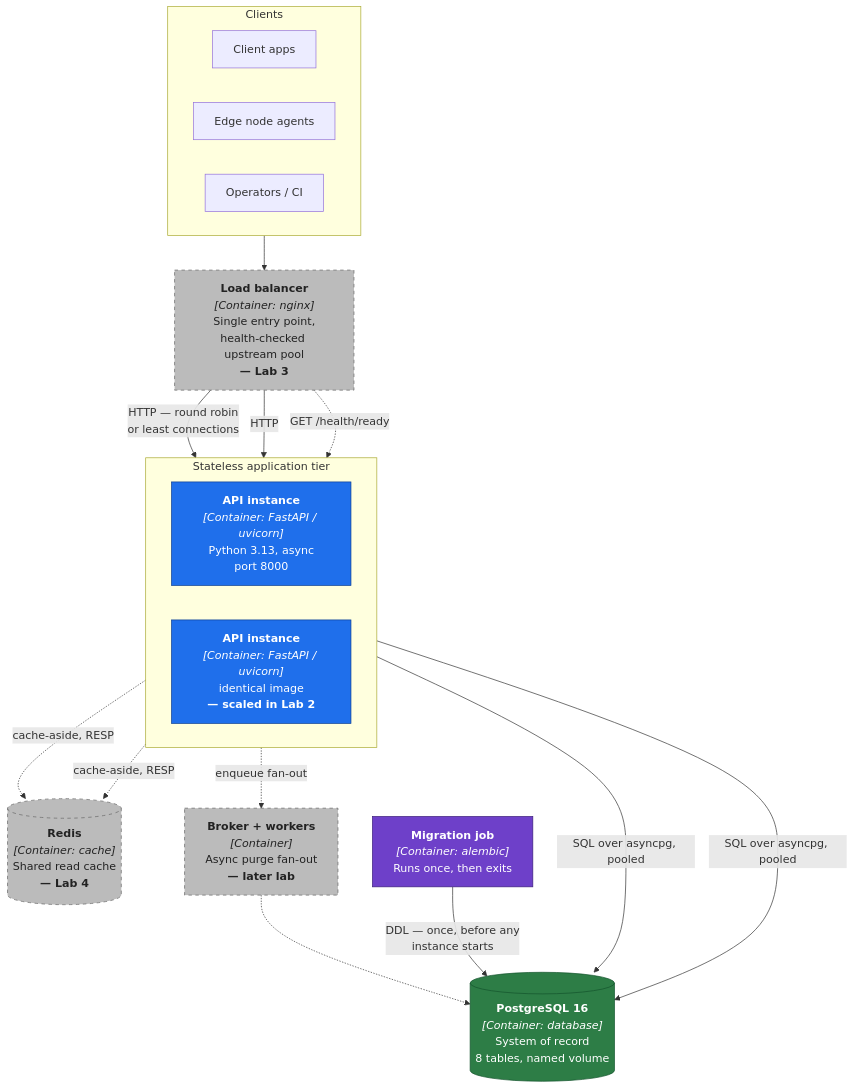
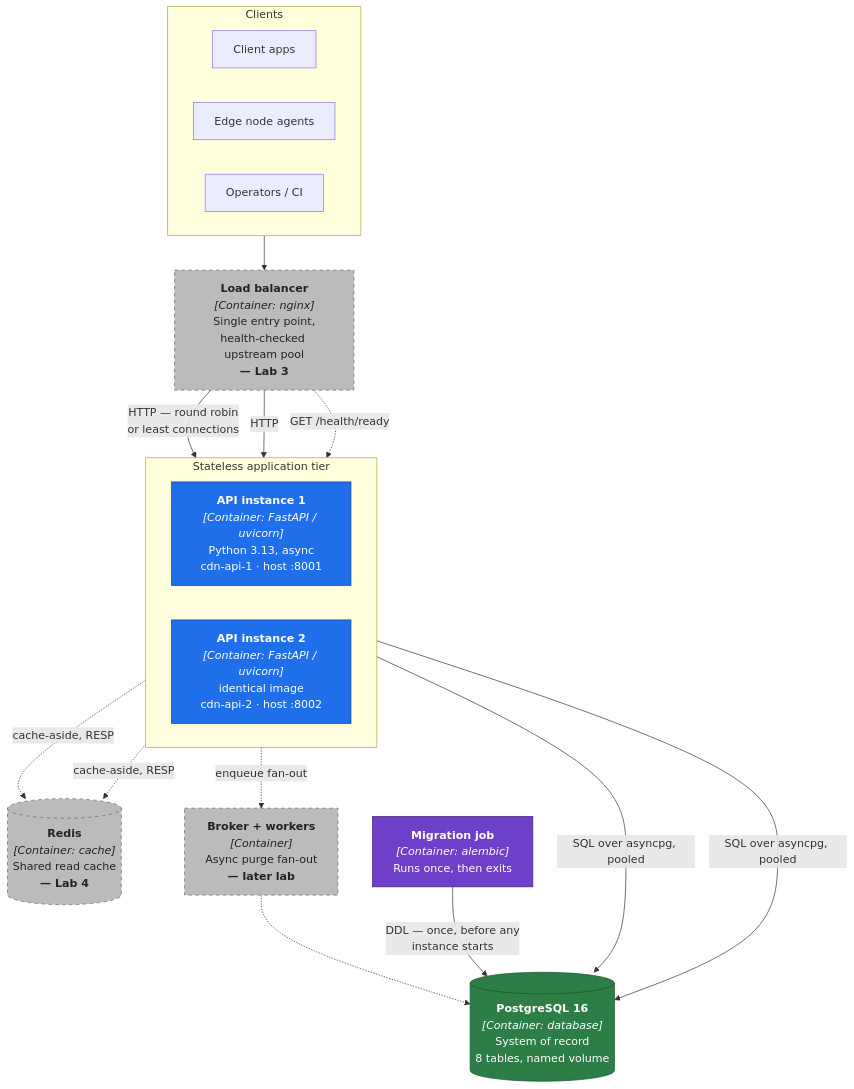
Before and after one commit to ostrrovska/uni_year_4: the second of 6 diagrams in high-load-systems/docs/architecture.md, drawn with Mermaid. The commit also changed other lines of this file and 5 other files, not shown here.

First line of the commit message:
high-load Lab 2: stateless architecture

````diff
--- a/high-load-systems/docs/architecture.md
+++ b/high-load-systems/docs/architecture.md
@@ -82,43 +84,43 @@
 ```mermaid
 flowchart TB
     subgraph clients["Clients"]
         direction LR
         c1["Client apps"]
         c2["Edge node agents"]
         c3["Operators / CI"]
     end
 
     lb["<b>Load balancer</b><br/><i>[Container: nginx]</i><br/>Single entry point,<br/>health-checked upstream pool<br/><b>— Lab 3</b>"]
 
     subgraph tier["Stateless application tier"]
         direction LR
-        api1["<b>API instance</b><br/><i>[Container: FastAPI / uvicorn]</i><br/>Python 3.13, async<br/>port 8000"]
-        api2["<b>API instance</b><br/><i>[Container: FastAPI / uvicorn]</i><br/>identical image<br/><b>— scaled in Lab 2</b>"]
+        api1["<b>API instance 1</b><br/><i>[Container: FastAPI / uvicorn]</i><br/>Python 3.13, async<br/>cdn-api-1 · host :8001"]
+        api2["<b>API instance 2</b><br/><i>[Container: FastAPI / uvicorn]</i><br/>identical image<br/>cdn-api-2 · host :8002"]
     end
 
     db[("<b>PostgreSQL 16</b><br/><i>[Container: database]</i><br/>System of record<br/>8 tables, named volume")]
     cache[("<b>Redis</b><br/><i>[Container: cache]</i><br/>Shared read cache<br/><b>— Lab 4</b>")]
     migrate["<b>Migration job</b><br/><i>[Container: alembic]</i><br/>Runs once, then exits"]
     broker["<b>Broker + workers</b><br/><i>[Container]</i><br/>Async purge fan-out<br/><b>— later lab</b>"]
 
     clients --> lb
     lb -->|"HTTP — round robin<br/>or least connections"| api1
     lb -->|"HTTP"| api2
     lb -.->|"GET /health/ready"| api1
 
     api1 -->|"SQL over asyncpg, pooled"| db
     api2 -->|"SQL over asyncpg, pooled"| db
     api1 -.->|"cache-aside, RESP"| cache
     api2 -.->|"cache-aside, RESP"| cache
     api1 -.->|"enqueue fan-out"| broker
     broker -.-> db
     migrate -->|"DDL — once, before any<br/>instance starts"| db
 
     style api1 fill:#1f6feb,stroke:#0b3d91,color:#ffffff
     style api2 fill:#1f6feb,stroke:#0b3d91,color:#ffffff
     style db fill:#2d7d46,stroke:#14532d,color:#ffffff
     style migrate fill:#6e40c9,stroke:#3b1e7a,color:#ffffff
     style lb fill:#bbbbbb,stroke:#666666,color:#222222,stroke-dasharray: 5 5
     style cache fill:#bbbbbb,stroke:#666666,color:#222222,stroke-dasharray: 5 5
     style broker fill:#bbbbbb,stroke:#666666,color:#222222,stroke-dasharray: 5 5
 ```
````
